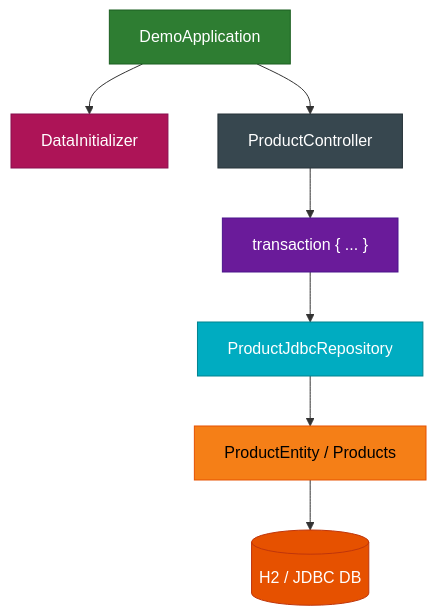
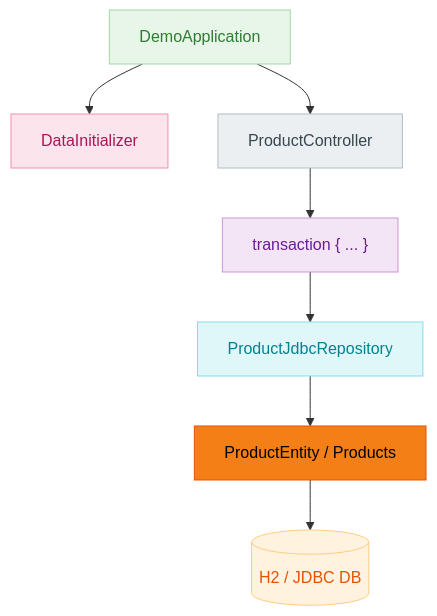
The second of 2 diagrams in spring-boot4/exposed-jdbc-demo/README.ko.md (bluetape4k/bluetape4k-projects), drawn with Mermaid before and after one commit. The commit also changed other lines of this file and 219 other files, not shown here.

First line of the commit message:
docs: 전체 README Mermaid 다이어그램 가이드 적용

````diff
--- a/spring-boot4/exposed-jdbc-demo/README.ko.md
+++ b/spring-boot4/exposed-jdbc-demo/README.ko.md
@@ -70,33 +70,33 @@
 ```mermaid
 flowchart TD
     App["DemoApplication"]
     Init["DataInitializer"]
     Controller["ProductController"]
     Service["transaction { ... }"]
     Repo["ProductJdbcRepository"]
     Entity["ProductEntity / Products"]
     DB[("H2 / JDBC DB")]
 
     App --> Init
     App --> Controller
     Controller --> Service
     Service --> Repo
     Repo --> Entity
     Entity --> DB
 
-    classDef appStyle fill:#2E7D32,stroke:#1B5E20,color:#FFFFFF
-    classDef initStyle fill:#AD1457,stroke:#880E4F,color:#FFFFFF
-    classDef controllerStyle fill:#37474F,stroke:#263238,color:#FFFFFF
-    classDef serviceStyle fill:#6A1B9A,stroke:#4A148C,color:#FFFFFF
-    classDef repoStyle fill:#00ACC1,stroke:#00838F,color:#FFFFFF
+    classDef appStyle fill:#E8F5E9,stroke:#A5D6A7,color:#2E7D32
+    classDef initStyle fill:#FCE4EC,stroke:#F48FB1,color:#AD1457
+    classDef controllerStyle fill:#ECEFF1,stroke:#B0BEC5,color:#37474F
+    classDef serviceStyle fill:#F3E5F5,stroke:#CE93D8,color:#6A1B9A
+    classDef repoStyle fill:#E0F7FA,stroke:#80DEEA,color:#00838F
     classDef entityStyle fill:#F57F17,stroke:#E65100,color:#000000
-    classDef dbStyle fill:#E65100,stroke:#BF360C,color:#FFFFFF
+    classDef dbStyle fill:#FFF3E0,stroke:#FFCC80,color:#E65100
 
     class App appStyle
     class Init initStyle
     class Controller controllerStyle
     class Service serviceStyle
     class Repo repoStyle
     class Entity entityStyle
     class DB dbStyle
 ```
````
